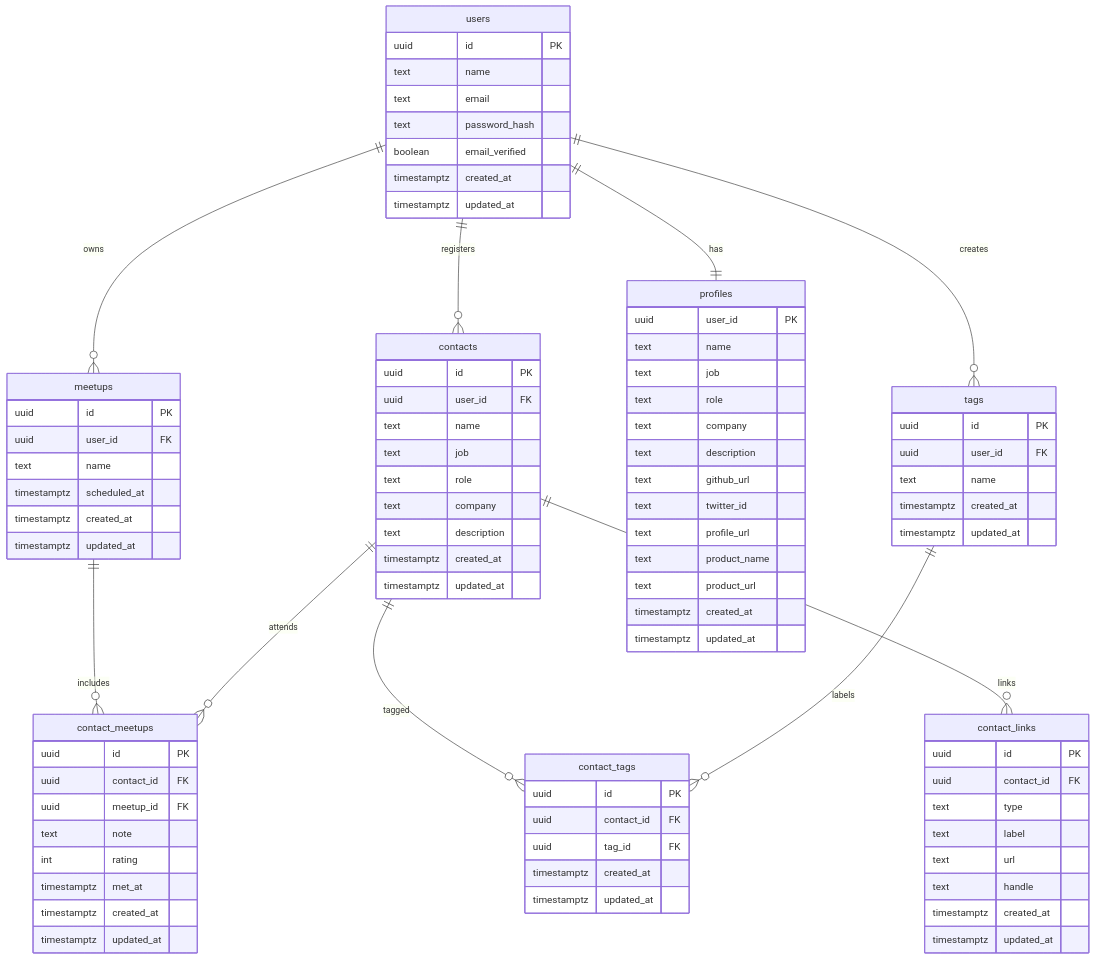
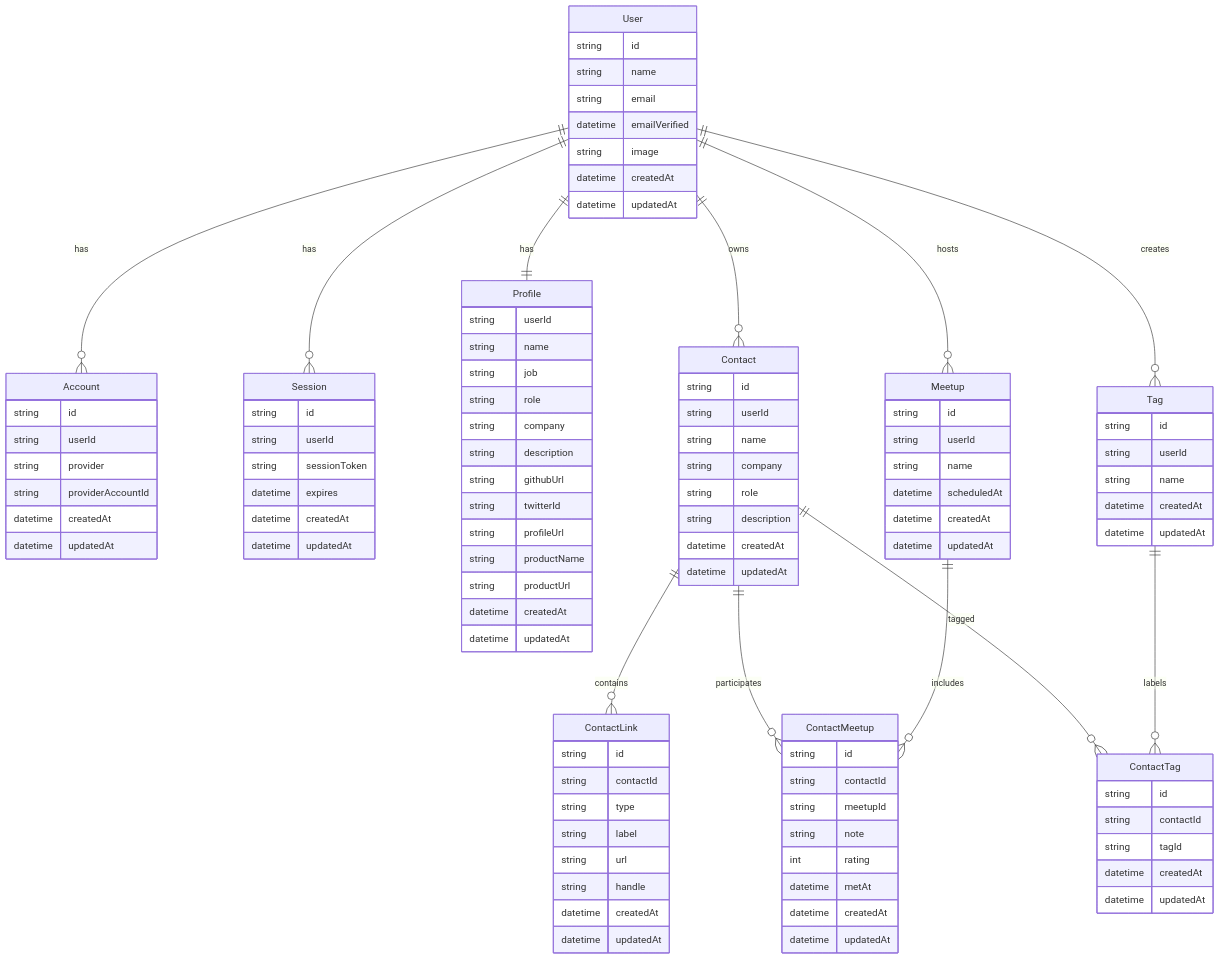
Before and after one commit to gs223gs/remeet-web: the diagram in docs/設計/db設計.md, drawn with Mermaid. The commit also changed other lines of this file, not shown here.

Commit message:
docs: mermaidの修正

````diff
--- a/docs/設計/db設計.md
+++ b/docs/設計/db設計.md
@@ -97,97 +165,118 @@
 ```mermaid
 erDiagram
-    users ||--o{ contacts : registers
-    users ||--o{ tags : creates
-    users ||--|| profiles : has
-    users ||--o{ meetups : owns
-    meetups ||--o{ contact_meetups : includes
-    contacts ||--o{ contact_meetups : attends
-    contacts ||--o{ contact_tags : tagged
-    contacts ||--o{ contact_links : links
-    tags ||--o{ contact_tags : labels
+    User ||--o{ Account : has
+    User ||--o{ Session : has
+    User ||--|| Profile : has
+    User ||--o{ Contact : owns
+    User ||--o{ Meetup : hosts
+    User ||--o{ Tag : creates
 
-    users {
-        uuid id PK
-        text name
-        text email
-        text password_hash
-        boolean email_verified
-        timestamptz created_at
-        timestamptz updated_at
+    Contact ||--o{ ContactLink : contains
+    Contact ||--o{ ContactMeetup : participates
+    Contact ||--o{ ContactTag : tagged
+
+    Meetup ||--o{ ContactMeetup : includes
+    Tag ||--o{ ContactTag : labels
+
+    User {
+        string id
+        string name
+        string email
+        datetime emailVerified
+        string image
+        datetime createdAt
+        datetime updatedAt
     }
 
-    meetups {
-        uuid id PK
-        uuid user_id FK
-        text name
-        timestamptz scheduled_at
-        timestamptz created_at
-        timestamptz updated_at
+    Account {
+        string id
+        string userId
+        string provider
+        string providerAccountId
+        datetime createdAt
+        datetime updatedAt
     }
 
-    contacts {
-        uuid id PK
-        uuid user_id FK
-        text name
-        text job
-        text role
-        text company
-        text description
-        timestamptz created_at
-        timestamptz updated_at
+    Session {
+        string id
+        string userId
+        string sessionToken
+        datetime expires
+        datetime createdAt
+        datetime updatedAt
     }
 
-    contact_meetups {
-        uuid id PK
-        uuid contact_id FK
-        uuid meetup_id FK
-        text note
-        int rating
-        timestamptz met_at
-        timestamptz created_at
-        timestamptz updated_at
+    Profile {
+        string userId
+        string name
+        string job
+        string role
+        string company
+        string description
+        string githubUrl
+        string twitterId
+        string profileUrl
+        string productName
+        string productUrl
+        datetime createdAt
+        datetime updatedAt
     }
 
-    tags {
-        uuid id PK
-        uuid user_id FK
-        text name
-        timestamptz created_at
-        timestamptz updated_at
+    Contact {
+        string id
+        string userId
+        string name
+        string company
+        string role
+        string description
+        datetime createdAt
+        datetime updatedAt
     }
 
-    contact_tags {
-        uuid id PK
-        uuid contact_id FK
-        uuid tag_id FK
-        timestamptz created_at
-        timestamptz updated_at
+    ContactLink {
+        string id
+        string contactId
+        string type
+        string label
+        string url
+        string handle
+        datetime createdAt
+        datetime updatedAt
     }
 
-    contact_links {
-        uuid id PK
-        uuid contact_id FK
-        text type
-        text label
-        text url
-        text handle
-        timestamptz created_at
-        timestamptz updated_at
+    Meetup {
+        string id
+        string userId
+        string name
+        datetime scheduledAt
+        datetime createdAt
+        datetime updatedAt
     }
 
-    profiles {
-        uuid user_id PK
-        text name
-        text job
-        text role
-        text company
-        text description
-        text github_url
-        text twitter_id
-        text profile_url
-        text product_name
-        text product_url
-        timestamptz created_at
-        timestamptz updated_at
+    ContactMeetup {
+        string id
+        string contactId
+        string meetupId
+        string note
+        int rating
+        datetime metAt
+        datetime createdAt
+        datetime updatedAt
+    }
+
+    Tag {
+        string id
+        string userId
+        string name
+        datetime createdAt
+        datetime updatedAt
+    }
+
+    ContactTag {
+        string id
+        string contactId
+        string tagId
+        datetime createdAt
+        datetime updatedAt
     }
 ```
````
